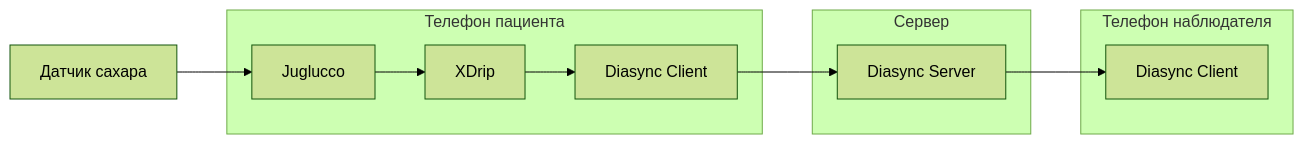
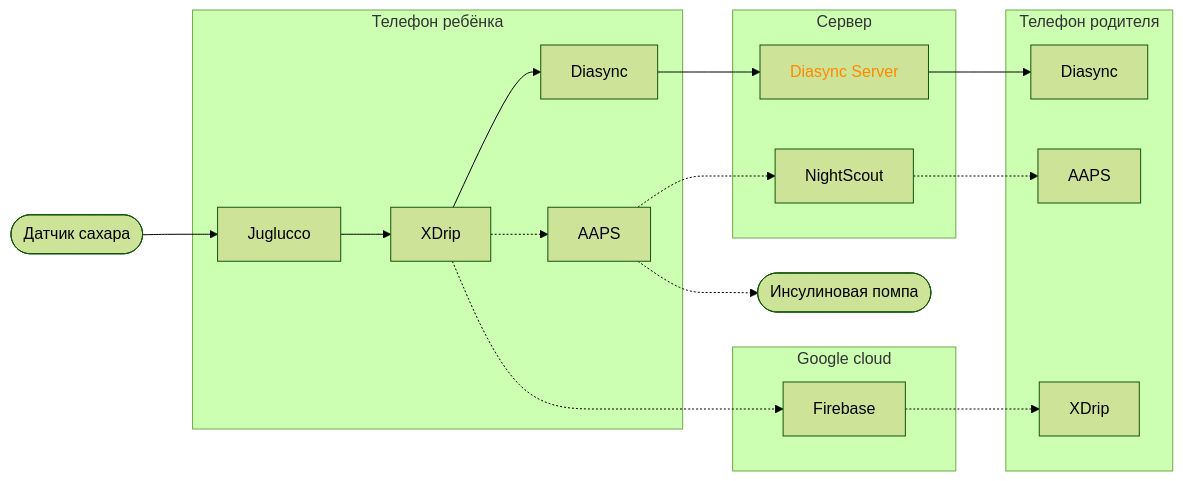
One commit to illepidus/diasync-server changed the diagram in README.MD. Above: the diagram before and after it, drawn with Mermaid (forest theme). The commit also changed other lines of this file, not shown here.

````diff
--- a/README.MD
+++ b/README.MD
@@ -7,18 +7,41 @@
 ```mermaid
 flowchart LR
-    sensor[Датчик сахара]
 
-    subgraph Телефон пациента
+    pump([Инсулиновая помпа])
+    sensor([Датчик сахара])
+
+    subgraph Google cloud
+        firebase[Firebase]
+    end
+
+    subgraph Телефон ребёнка
         juglucco[Juglucco]
-        xdrip_cli[XDrip]
-        ds_cli_master[Diasync Client]
+        xdrip_master[XDrip]
+        aaps_master[AAPS]
+        ds_master[Diasync]
     end
     subgraph Сервер
         ds_srv[Diasync Server]
+        nightscout[NightScout]
     end
-    subgraph Телефон наблюдателя
-        ds_cli_slave[Diasync Client]
+    subgraph Телефон родителя
+        ds_slave[Diasync]
+        aaps_slave[AAPS]
+        xdrip_slave[XDrip]
     end
+
+    sensor --> juglucco --> xdrip_master
+    xdrip_master --> ds_master --> ds_srv --> ds_slave
+    xdrip_master -.-> aaps_master -.-> nightscout -.-> aaps_slave
+    xdrip_master -.-> firebase -.-> xdrip_slave
+    aaps_master -.-> pump
     
-    sensor-->juglucco-->xdrip_cli-->ds_cli_master-->ds_srv-->ds_cli_slave
+    style ds_srv color:#FF8800
+    
+    click juglucco href "https://www.juggluco.nl/"
+    click firebase href "https://firebase.google.com/"
+    click xdrip_master,xdrip_slave href "https://github.com/NightscoutFoundation/xDrip"
+    click aaps_master,aaps_slave href "https://github.com/nightscout/AndroidAPS"
+    click ds_master,ds_slave href "https://github.com/illepidus/diasync"
+    click nightscout href "https://github.com/nightscout/cgm-remote-monitor"
 ```
````
